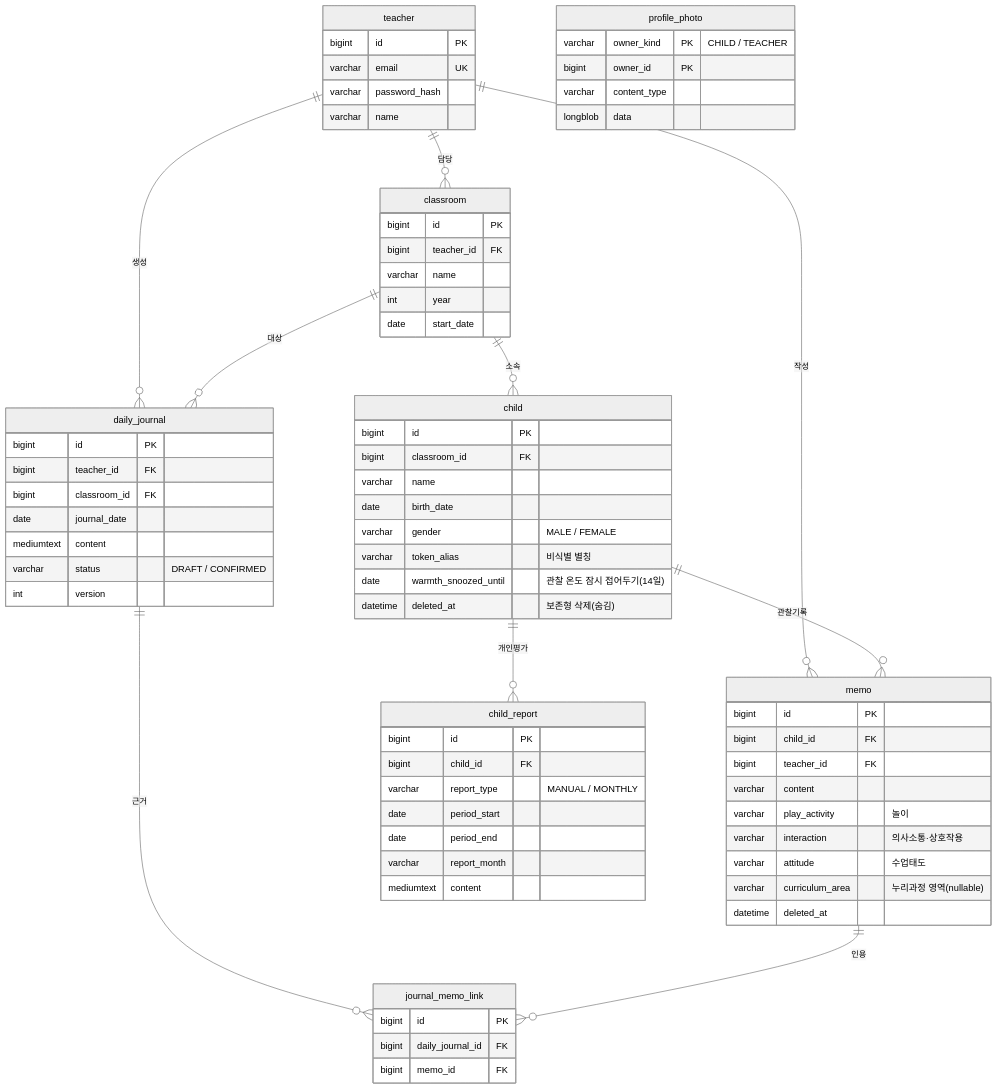
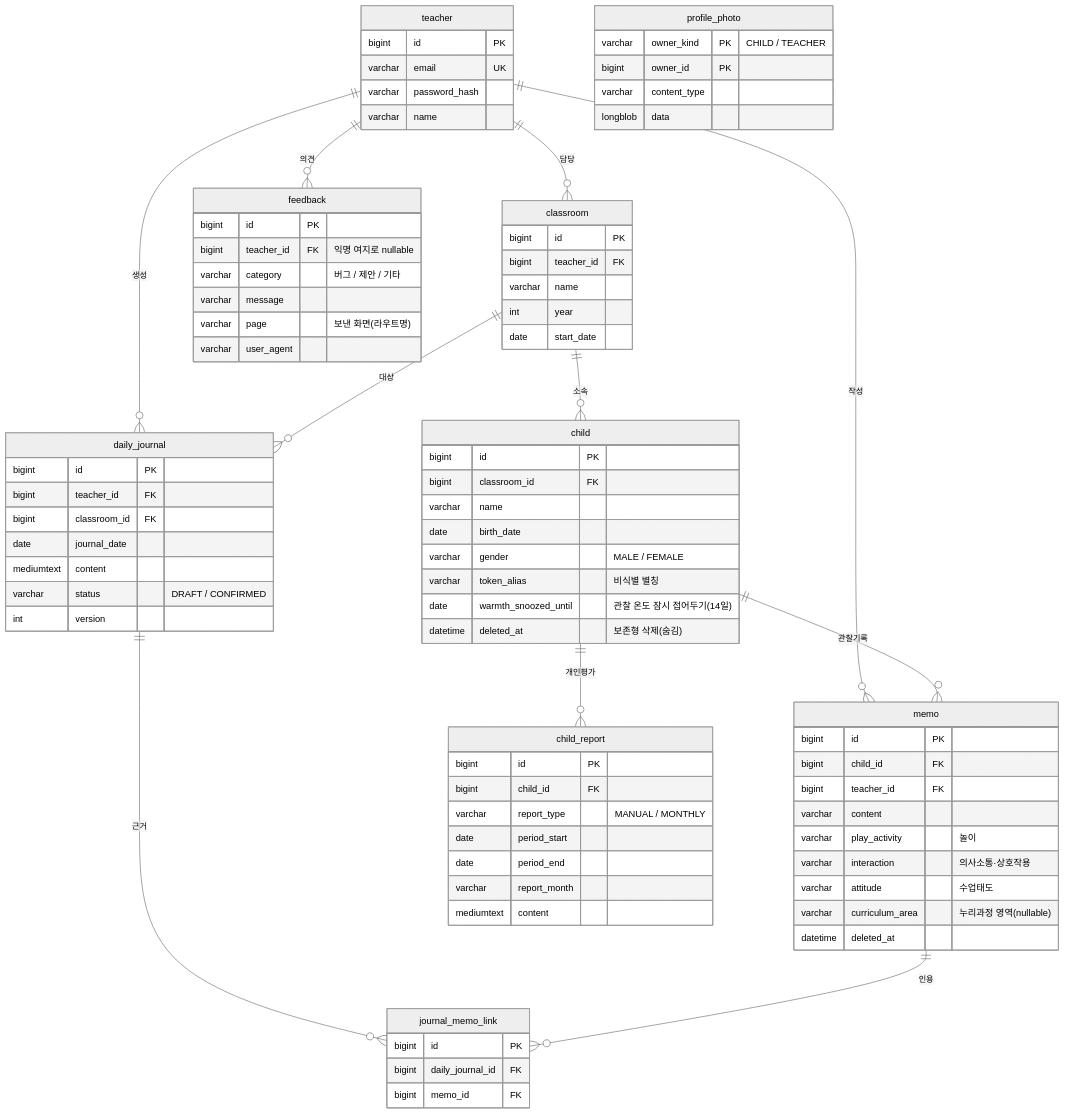
One commit to dahyunhub/ondo changed the diagram in README.md. Above: the diagram before and after it, drawn with Mermaid (neutral theme). The commit also changed other lines of this file and 2 other files, not shown here.

````diff
--- a/README.md
+++ b/README.md
@@ -197,6 +220,7 @@
     child ||--o{ child_report : "개인평가"
     daily_journal ||--o{ journal_memo_link : "근거"
     memo ||--o{ journal_memo_link : "인용"
+    teacher ||--o{ feedback : "의견"
 
     teacher {
         bigint id PK
@@ -261,4 +285,12 @@
         varchar content_type
         longblob data
     }
+    feedback {
+        bigint id PK
+        bigint teacher_id FK "익명 여지로 nullable"
+        varchar category "버그 / 제안 / 기타"
+        varchar message
+        varchar page "보낸 화면(라우트명)"
+        varchar user_agent
+    }
 ```
````
